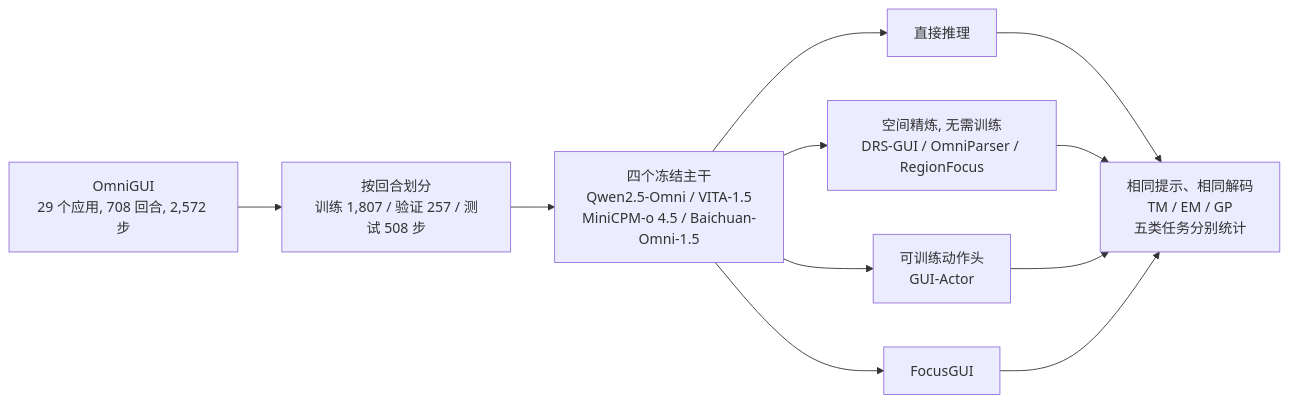
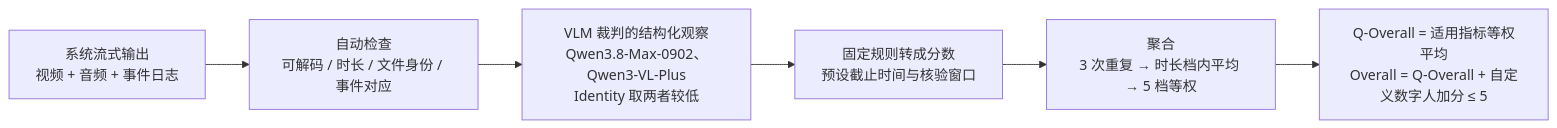
The fourth of 4 diagrams in docs/index.md (yingwang/paper-reads), drawn with Mermaid before and after one commit. The commit also changed other lines of this file and 2 other files, not shown here.

````diff
--- a/docs/index.md
+++ b/docs/index.md
@@ -389,10 +126,8 @@
 ```mermaid
 flowchart LR
-    DATA["OmniGUI<br/>29 个应用, 708 回合, 2,572 步"] --> SPLIT["按回合划分<br/>训练 1,807 / 验证 257 / 测试 508 步"]
-    SPLIT --> BB["四个冻结主干<br/>Qwen2.5-Omni / VITA-1.5<br/>MiniCPM-o 4.5 / Baichuan-Omni-1.5"]
-    BB --> M1["直接推理"]
-    BB --> M2["空间精炼, 无需训练<br/>DRS-GUI / OmniParser / RegionFocus"]
-    BB --> M3["可训练动作头<br/>GUI-Actor"]
-    BB --> M4["FocusGUI"]
-    M1 & M2 & M3 & M4 --> EVAL["相同提示、相同解码<br/>TM / EM / GP<br/>五类任务分别统计"]
+    A[系统流式输出<br/>视频 + 音频 + 事件日志] --> B[自动检查<br/>可解码 / 时长 / 文件身份 / 事件对应]
+    B --> C[VLM 裁判的结构化观察<br/>Qwen3.8-Max-0902、Qwen3-VL-Plus<br/>Identity 取两者较低]
+    C --> D[固定规则转成分数<br/>预设截止时间与核验窗口]
+    D --> E[聚合<br/>3 次重复 → 时长档内平均 → 5 档等权]
+    E --> F[Q-Overall = 适用指标等权平均<br/>Overall = Q-Overall + 自定义数字人加分 ≤ 5]
 ```
````
